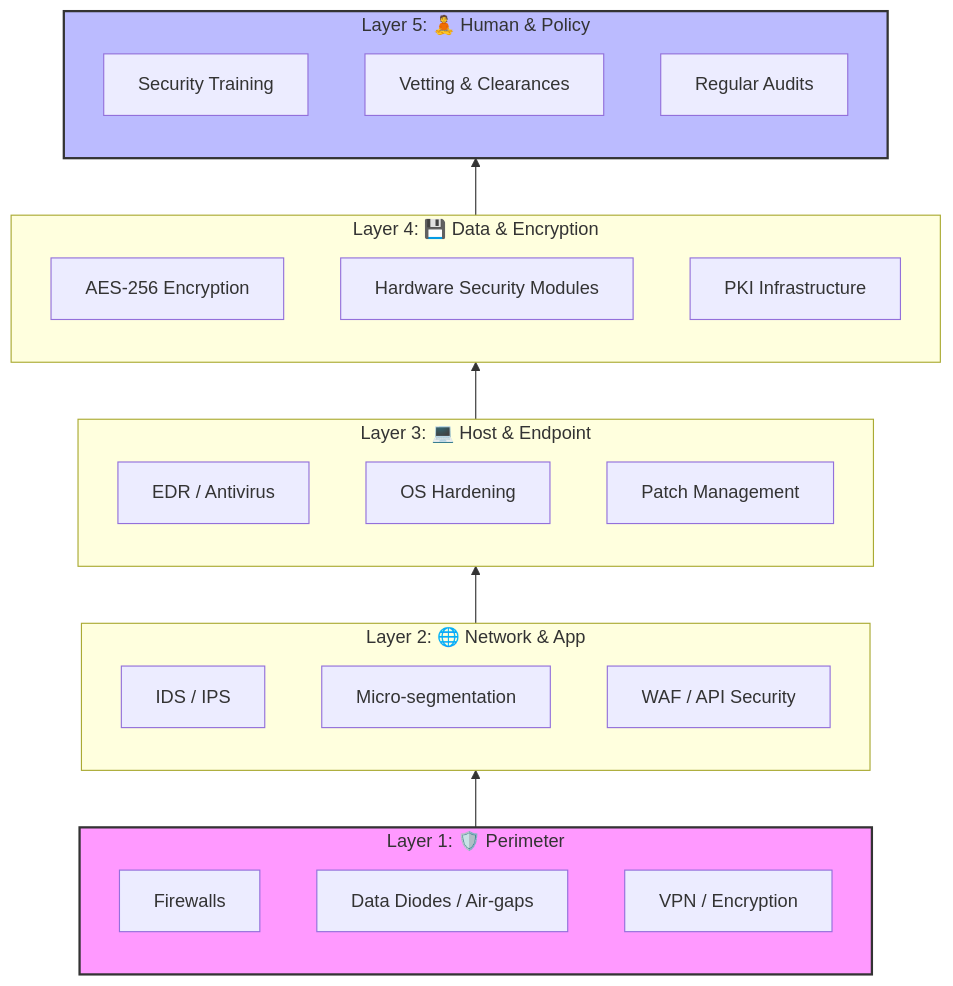
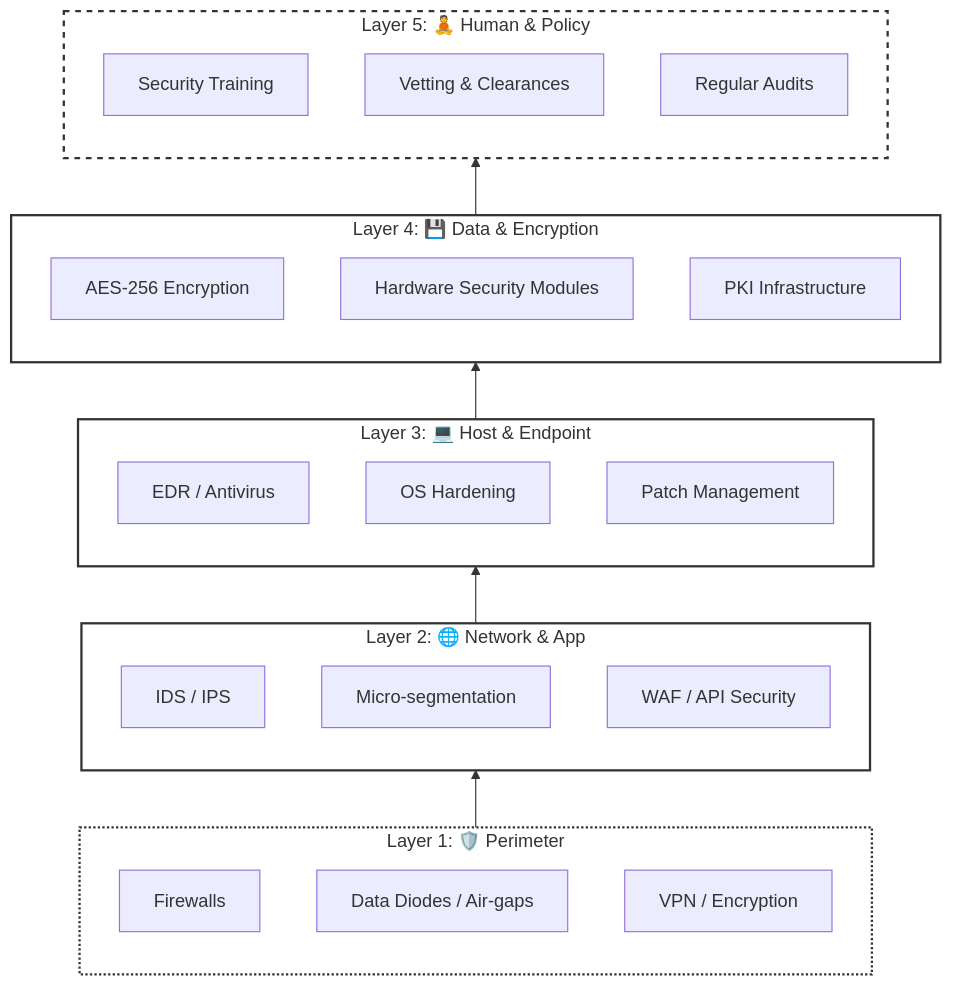
Before and after one commit to Faizan-Khanx/AeroSpaceHacking: the second of 8 diagrams in README.md, drawn with Mermaid. The commit also changed other lines of this file, not shown here.

````diff
--- a/README.md
+++ b/README.md
@@ -366,36 +366,40 @@
 ```mermaid
 graph BT
     subgraph L5 ["Layer 5: 🧘 Human & Policy"]
         P1[Security Training]
         P2[Vetting & Clearances]
         P3[Regular Audits]
     end
     subgraph L4 ["Layer 4: 💾 Data & Encryption"]
         D1[AES-256 Encryption]
         D2[Hardware Security Modules]
         D3[PKI Infrastructure]
     end
     subgraph L3 ["Layer 3: 💻 Host & Endpoint"]
         H1[EDR / Antivirus]
         H2[OS Hardening]
         H3[Patch Management]
     end
     subgraph L2 ["Layer 2: 🌐 Network & App"]
         N1[IDS / IPS]
         N2[Micro-segmentation]
         N3[WAF / API Security]
     end
     subgraph L1 ["Layer 1: 🛡️ Perimeter"]
         F1[Firewalls]
         F2[Data Diodes / Air-gaps]
         F3[VPN / Encryption]
     end
     
     L1 --> L2
     L2 --> L3
     L3 --> L4
     L4 --> L5
     
-    style L1 fill:#f9f,stroke:#333,stroke-width:2px
-    style L5 fill:#bbf,stroke:#333,stroke-width:2px
+    %% Professional styling - No background colors
+    style L1 fill:none,stroke:#333,stroke-width:2px,stroke-dasharray: 2 2
+    style L2 fill:none,stroke:#333,stroke-width:2px
+    style L3 fill:none,stroke:#333,stroke-width:2px
+    style L4 fill:none,stroke:#333,stroke-width:2px
+    style L5 fill:none,stroke:#333,stroke-width:2px,stroke-dasharray: 5 5
 ```
````
